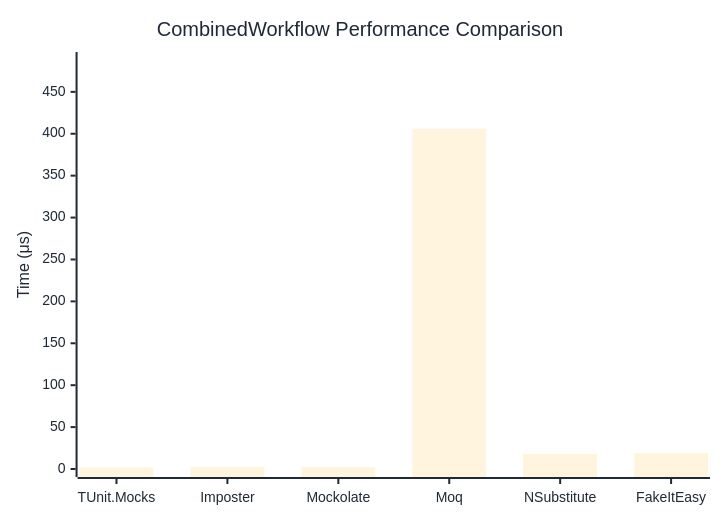
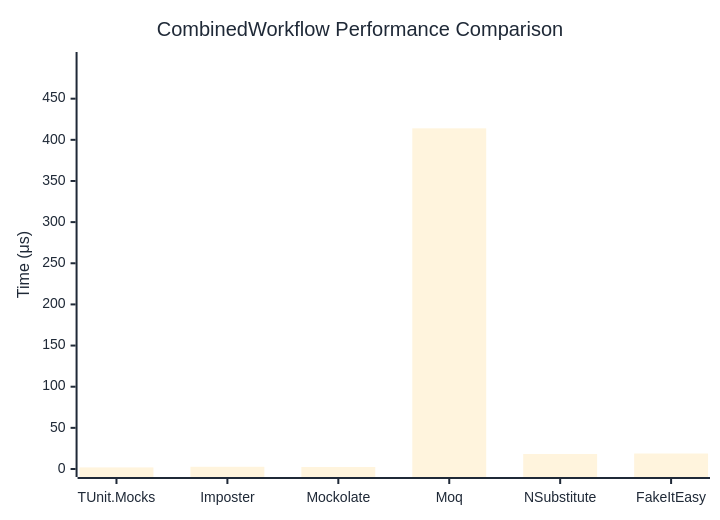
Before and after one commit to thomhurst/TUnit: the diagram in docs/docs/benchmarks/mocks/CombinedWorkflow.md, drawn with Mermaid. The commit also changed other lines of this file and 14 other files, not shown here.

````diff
--- a/docs/docs/benchmarks/mocks/CombinedWorkflow.md
+++ b/docs/docs/benchmarks/mocks/CombinedWorkflow.md
@@ -28,27 +28,27 @@
 ```mermaid
 %%{init: {
   'theme':'base',
   'themeVariables': {
     'primaryColor': '#2563eb',
     'primaryTextColor': '#1f2937',
     'primaryBorderColor': '#1e40af',
     'lineColor': '#6b7280',
     'secondaryColor': '#7c3aed',
     'tertiaryColor': '#dc2626',
     'background': '#ffffff',
     'pie1': '#2563eb',
     'pie2': '#7c3aed',
     'pie3': '#dc2626',
     'pie4': '#f59e0b',
     'pie5': '#10b981',
     'pie6': '#06b6d4',
     'pie7': '#ec4899',
     'pie8': '#6366f1'
   }
 }}%%
 xychart-beta
   title "CombinedWorkflow Performance Comparison"
   x-axis ["TUnit.Mocks", "Imposter", "Mockolate", "Moq", "NSubstitute", "FakeItEasy"]
-  y-axis "Time (μs)" 0 --> 488
-  bar [1.859, 2.61, 2.432, 406.019, 17.939, 18.81]
+  y-axis "Time (μs)" 0 --> 497
+  bar [1.921, 2.694, 2.431, 413.956, 18.216, 18.817]
 ```
````
